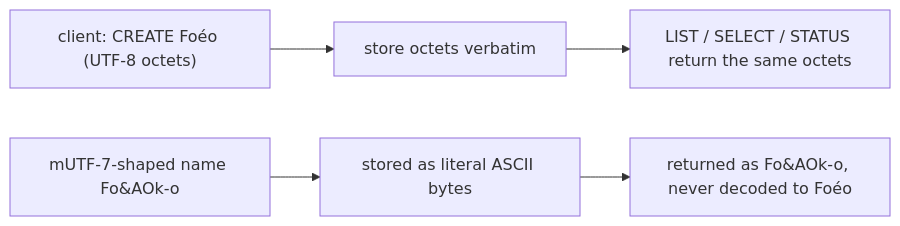
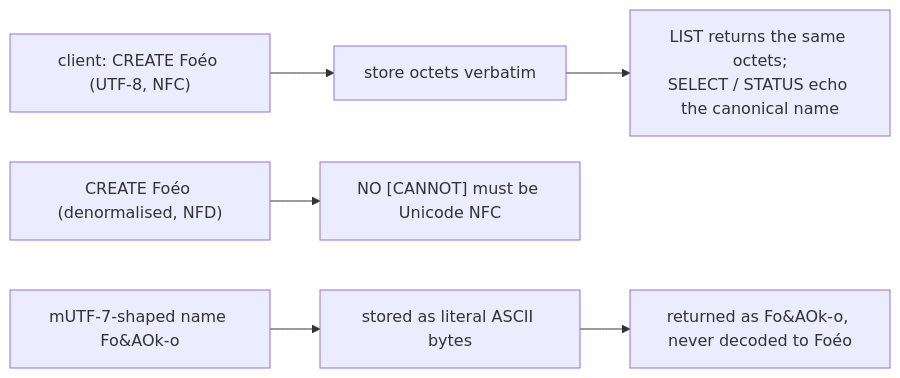
Before and after one commit to jamie-lord/cutiemail: the diagram in docs/decisions/0021-imap-mailbox-name-encoding.md, drawn with Mermaid. The commit also changed other lines of this file and 9 other files, not shown here.

````diff
--- a/docs/decisions/0021-imap-mailbox-name-encoding.md
+++ b/docs/decisions/0021-imap-mailbox-name-encoding.md
@@ -34,7 +37,8 @@
 ```mermaid
 flowchart LR
-    C["client: CREATE Foéo (UTF-8 octets)"] --> S["store octets verbatim"]
-    S --> L["LIST / SELECT / STATUS return the same octets"]
+    C["client: CREATE Foéo (UTF-8, NFC)"] --> S["store octets verbatim"]
+    S --> L["LIST returns the same octets;<br/>SELECT / STATUS echo the canonical name"]
+    D["CREATE Foéo (denormalised, NFD)"] --> R["NO [CANNOT] must be Unicode NFC"]
     M["mUTF-7-shaped name Fo&AOk-o"] --> S2["stored as literal ASCII bytes"]
     S2 --> L2["returned as Fo&AOk-o, never decoded to Foéo"]
 ```
````
